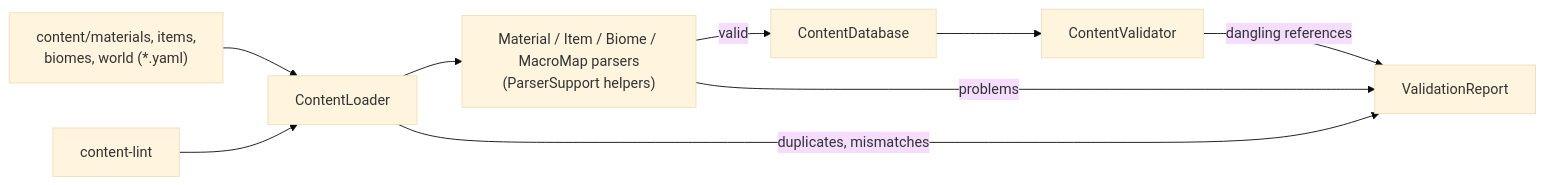
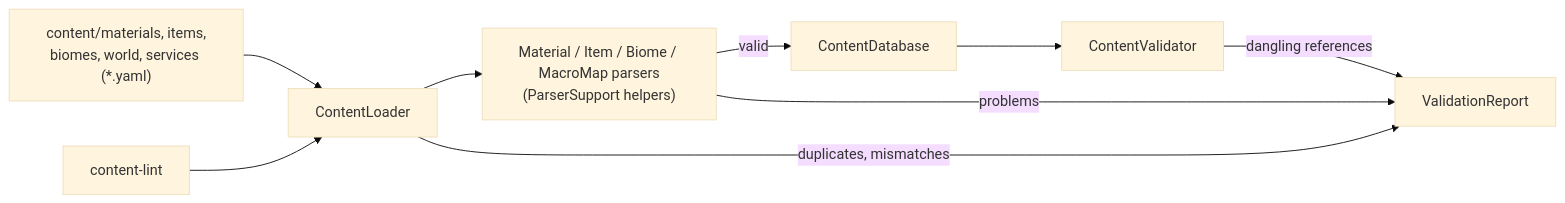
The diagram in docs/systems/data.md (huuuda-aus/big-ass-world), drawn with Mermaid (base theme) before and after one commit. The commit also changed other lines of this file and 145 other files, not shown here.

````diff
--- a/docs/systems/data.md
+++ b/docs/systems/data.md
@@ -21,11 +21,11 @@
 ```mermaid
 flowchart LR
-  F["content/materials, items,<br/>biomes, world (*.yaml)"] --> L[ContentLoader]
+  F["content/materials, items,<br/>biomes, world, services (*.yaml)"] --> L[ContentLoader]
   L --> P["Material / Item / Biome / MacroMap parsers<br/>(ParserSupport helpers)"]
   P -->|valid| D[ContentDatabase]
   P -->|problems| R[ValidationReport]
   L -->|duplicates, mismatches| R
   D --> V[ContentValidator]
   V -->|dangling references| R
   CLI[content-lint] --> L
 ```
````
